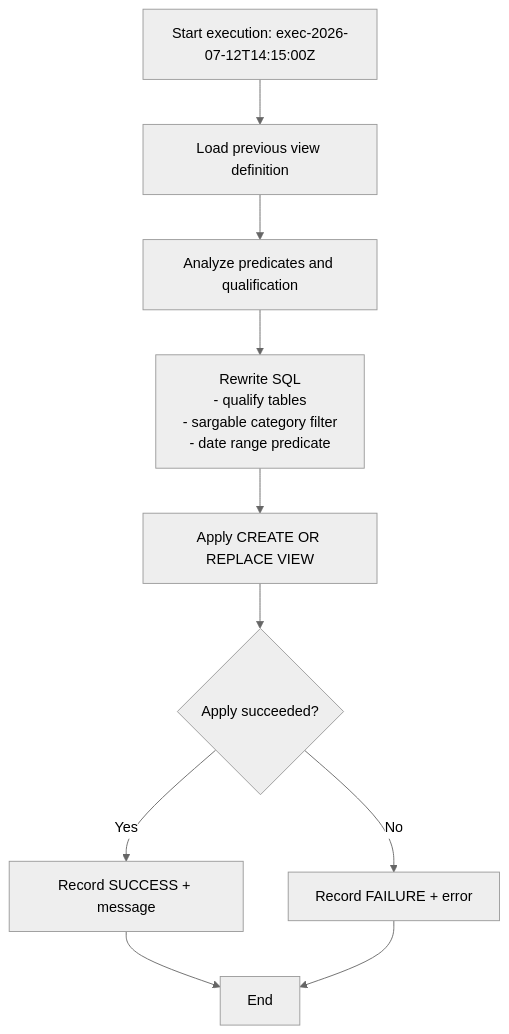
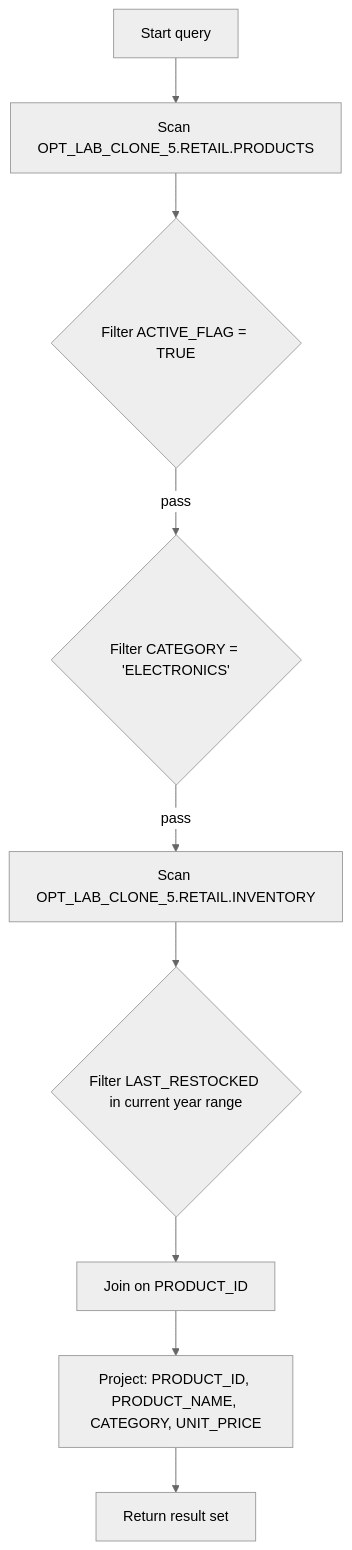
The diagram in OPT_LAB_CLONE_5/executions/V_RECENT_ACTIVE_CATALOG_VIEW_2026-07-12T14:15:00Z/procedure-flow.md (JosephMoustaid/documentation-and-optimization-archive), drawn with Mermaid (neutral theme) before and after one commit. The commit also changed other lines of this file and 4 other files, not shown here.

Commit message:
Persist optimization docs: OPT_LAB_CLONE_5.RETAIL.V_RECENT_ACTIVE_CATALOG (VIEW) @ 2026-07-12T14:15:00Z

````diff
--- a/OPT_LAB_CLONE_5/executions/V_RECENT_ACTIVE_CATALOG_VIEW_2026-07-12T14:15:00Z/procedure-flow.md
+++ b/OPT_LAB_CLONE_5/executions/V_RECENT_ACTIVE_CATALOG_VIEW_2026-07-12T14:15:00Z/procedure-flow.md
@@ -11,15 +3,11 @@
 ```mermaid
 flowchart TD
-  A[Start execution: exec-2026-07-12T14:15:00Z] --> B[Load previous view definition]
-  B --> C[Analyze predicates and qualification]
-  C --> D[Rewrite SQL
-- qualify tables
-- sargable category filter
-- date range predicate]
-  D --> E[Apply CREATE OR REPLACE VIEW]
-  E --> F{Apply succeeded?}
-  F -->|Yes| G[Record SUCCESS + message]
-  F -->|No| H[Record FAILURE + error]
-  G --> I[End]
-  H --> I[End]
+  A[Start query] --> B[Scan OPT_LAB_CLONE_5.RETAIL.PRODUCTS]
+  B --> C{Filter ACTIVE_FLAG = TRUE}
+  C -->|pass| D{Filter CATEGORY = 'ELECTRONICS'}
+  D -->|pass| E[Scan OPT_LAB_CLONE_5.RETAIL.INVENTORY]
+  E --> F{Filter LAST_RESTOCKED in current year range}
+  F --> G[Join on PRODUCT_ID]
+  G --> H[Project: PRODUCT_ID, PRODUCT_NAME, CATEGORY, UNIT_PRICE]
+  H --> I[Return result set]
 ```
````
